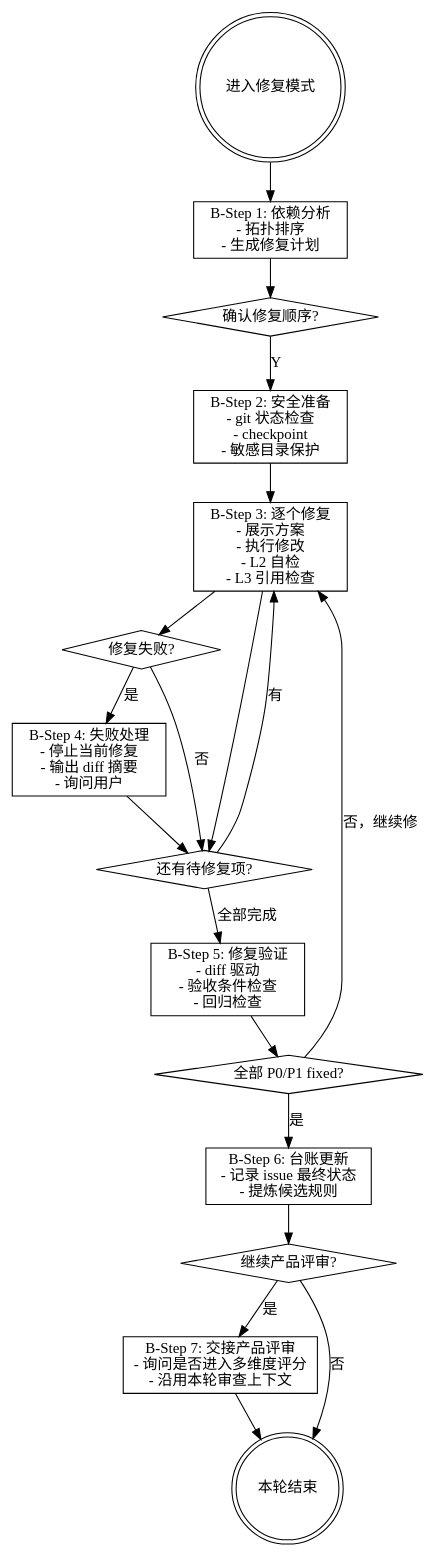
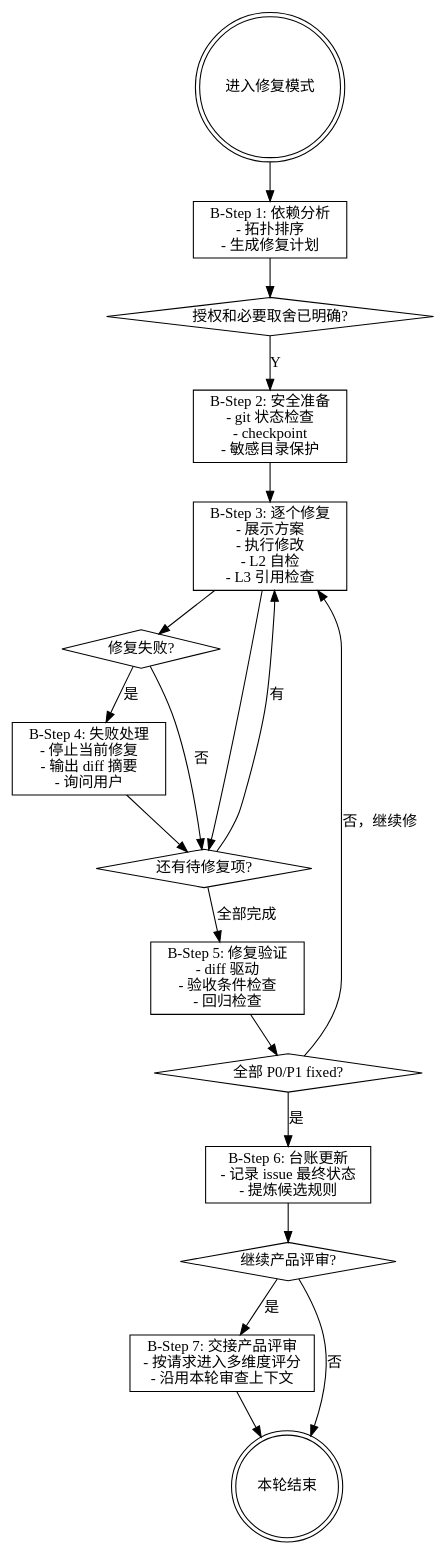
The diagram in references/mode-b.md (lbyxunxunnini/agent-pm), drawn with Graphviz before and after one commit. The commit also changed other lines of this file and 20 other files, not shown here.

````diff
--- a/references/mode-b.md
+++ b/references/mode-b.md
@@ -26,40 +26,40 @@
 ```dot
 digraph mode_b {
     rankdir=TB;
     node [shape=box];
 
     start [label="进入修复模式" shape=doublecircle];
     dep [label="B-Step 1: 依赖分析\n- 拓扑排序\n- 生成修复计划"];
-    confirm_plan [label="确认修复顺序?" shape=diamond];
+    confirm_plan [label="授权和必要取舍已明确?" shape=diamond];
     safety [label="B-Step 2: 安全准备\n- git 状态检查\n- checkpoint\n- 敏感目录保护"];
     fix [label="B-Step 3: 逐个修复\n- 展示方案\n- 执行修改\n- L2 自检\n- L3 引用检查"];
     fail [shape=diamond label="修复失败?"];
     fail_handle [label="B-Step 4: 失败处理\n- 停止当前修复\n- 输出 diff 摘要\n- 询问用户"];
     more [shape=diamond label="还有待修复项?"];
     verify [label="B-Step 5: 修复验证\n- diff 驱动\n- 验收条件检查\n- 回归检查"];
     all_fixed [shape=diamond label="全部 P0/P1 fixed?"];
     ledger [label="B-Step 6: 台账更新\n- 记录 issue 最终状态\n- 提炼候选规则"];
     product [shape=diamond label="继续产品评审?"];
-    handoff [label="B-Step 7: 交接产品评审\n- 询问是否进入多维度评分\n- 沿用本轮审查上下文"];
+    handoff [label="B-Step 7: 交接产品评审\n- 按请求进入多维度评分\n- 沿用本轮审查上下文"];
     end [shape=doublecircle label="本轮结束"];
 
     start -> dep;
     dep -> confirm_plan;
     confirm_plan -> safety [label="Y"];
     safety -> fix;
     fix -> fail;
     fail -> fail_handle [label="是"];
     fail -> more [label="否"];
     fail_handle -> more;
     fix -> more;
     more -> fix [label="有"];
     more -> verify [label="全部完成"];
     verify -> all_fixed;
     all_fixed -> ledger [label="是"];
     all_fixed -> fix [label="否，继续修"];
     ledger -> product;
     product -> handoff [label="是"];
     product -> end [label="否"];
     handoff -> end;
 }
 ```
````
